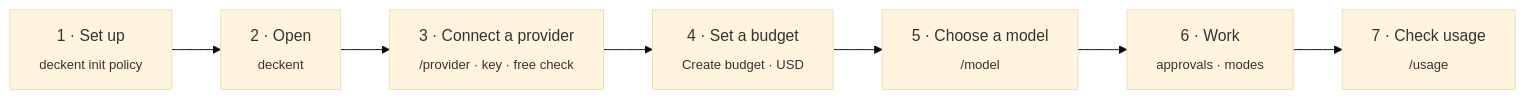
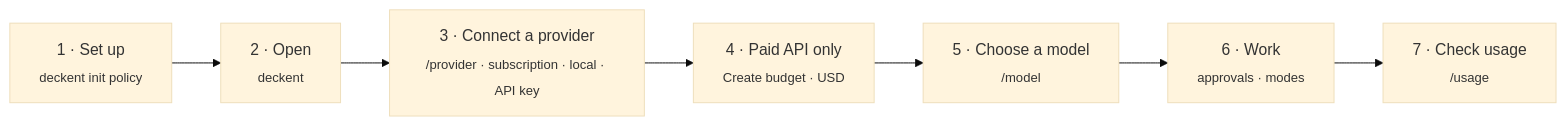
One commit to Verhex/deckent-next changed the third of 6 diagrams in README.md. Above: the diagram before and after it, drawn with Mermaid (base theme). The commit also changed other lines of this file and 10 other files, not shown here.

First line of the commit message:
docs: README, PLAN, ARCHITECTURE and guides follow the beta.1 candidate; three prerequisites, the security scan cadence and the beta.2 inbox are in PLAN (B1-DOCS-FIX-ROOT)

````diff
--- a/README.md
+++ b/README.md
@@ -179,9 +180,9 @@
 ```mermaid
 flowchart LR
   I["1 · Set up<br/><sub>deckent init policy</sub>"] --> O["2 · Open<br/><sub>deckent</sub>"]
-  O --> P["3 · Connect a provider<br/><sub>/provider · key · free check</sub>"]
-  P --> B["4 · Set a budget<br/><sub>Create budget · USD</sub>"]
+  O --> P["3 · Connect a provider<br/><sub>/provider · subscription · local · API key</sub>"]
+  P --> B["4 · Paid API only<br/><sub>Create budget · USD</sub>"]
   B --> M["5 · Choose a model<br/><sub>/model</sub>"]
   M --> W["6 · Work<br/><sub>approvals · modes</sub>"]
   W --> U["7 · Check usage<br/><sub>/usage</sub>"]
 ```
````
